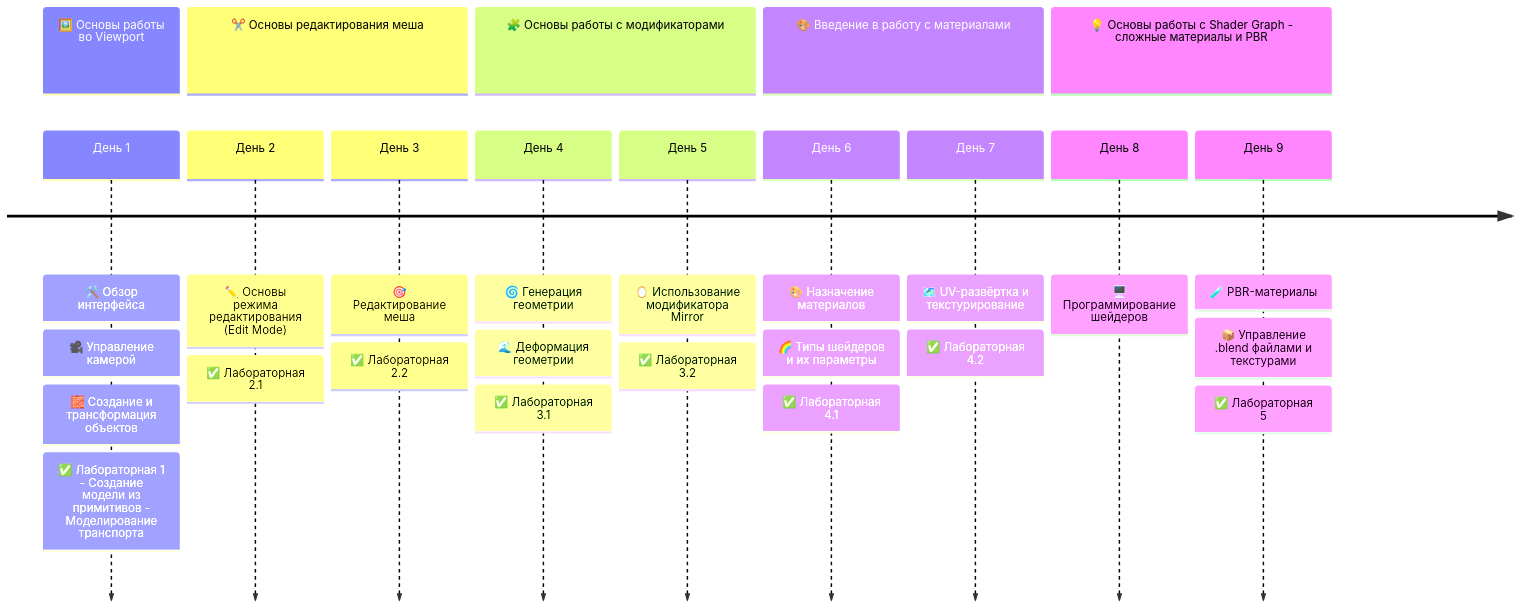
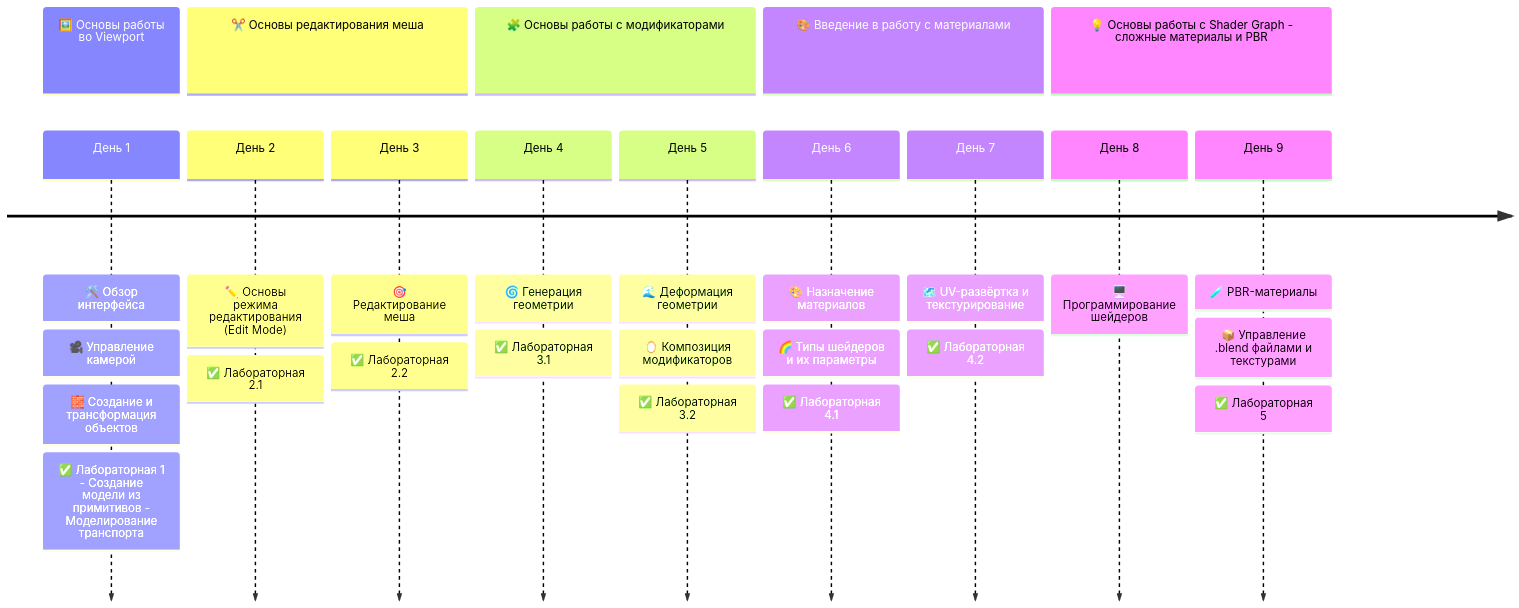
The first of 2 diagrams in README.md (mvodya/3d-course-blender-2025), drawn with Mermaid before and after one commit.

Commit message:
Fixed timeline

````diff
--- a/README.md
+++ b/README.md
@@ -64,26 +64,26 @@
 ```mermaid
 timeline
     section 🖼️ Основы работы во Viewport
         День 1 :
             🛠️ Обзор интерфейса : 🎥 Управление камерой : 🧱 Создание и трансформация объектов :
             ✅ Лабораторная 1 - Создание модели из примитивов - Моделирование транспорта
     section ✂️ Основы редактирования меша
         День 2 : ✏️ Основы режима редактирования (Edit Mode) :
             ✅ Лабораторная 2.1
         День 3 : 🎯 Редактирование меша :
             ✅ Лабораторная 2.2
     section 🧩 Основы работы с модификаторами
-        День 4 : 🌀 Генерация геометрии : 🌊 Деформация геометрии :
+        День 4 : 🌀 Генерация геометрии :
             ✅ Лабораторная 3.1
-        День 5 : 🪞 Использование модификатора Mirror :
+        День 5 : 🌊 Деформация геометрии : 🪞 Композиция модификаторов :
             ✅ Лабораторная 3.2
     section 🎨 Введение в работу с материалами
         День 6 : 🎨 Назначение материалов : 🌈 Типы шейдеров и их параметры :
             ✅ Лабораторная 4.1
         День 7 : 🗺️ UV-развёртка и текстурирование :
             ✅ Лабораторная 4.2
     section 💡 Основы работы с Shader Graph - сложные материалы и PBR
         День 8 : 🖥️ Программирование шейдеров
         День 9 : 🧪 PBR-материалы : 📦 Управление .blend файлами и текстурами :
             ✅ Лабораторная 5
 ```
````
